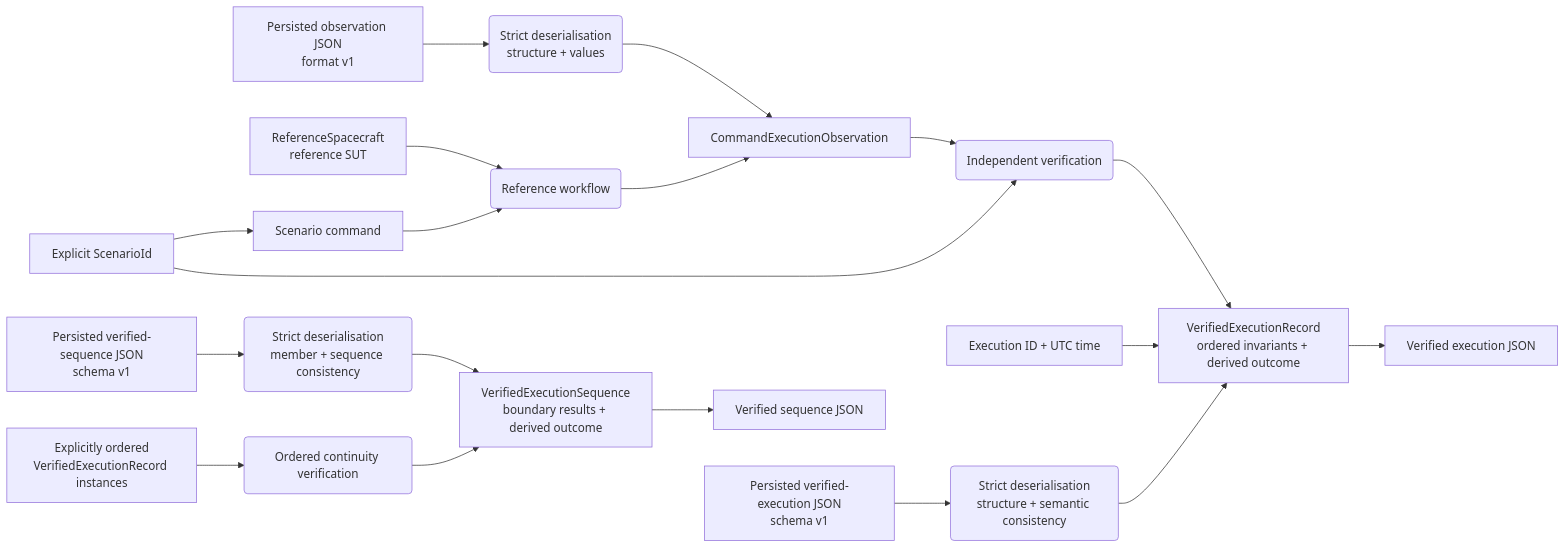
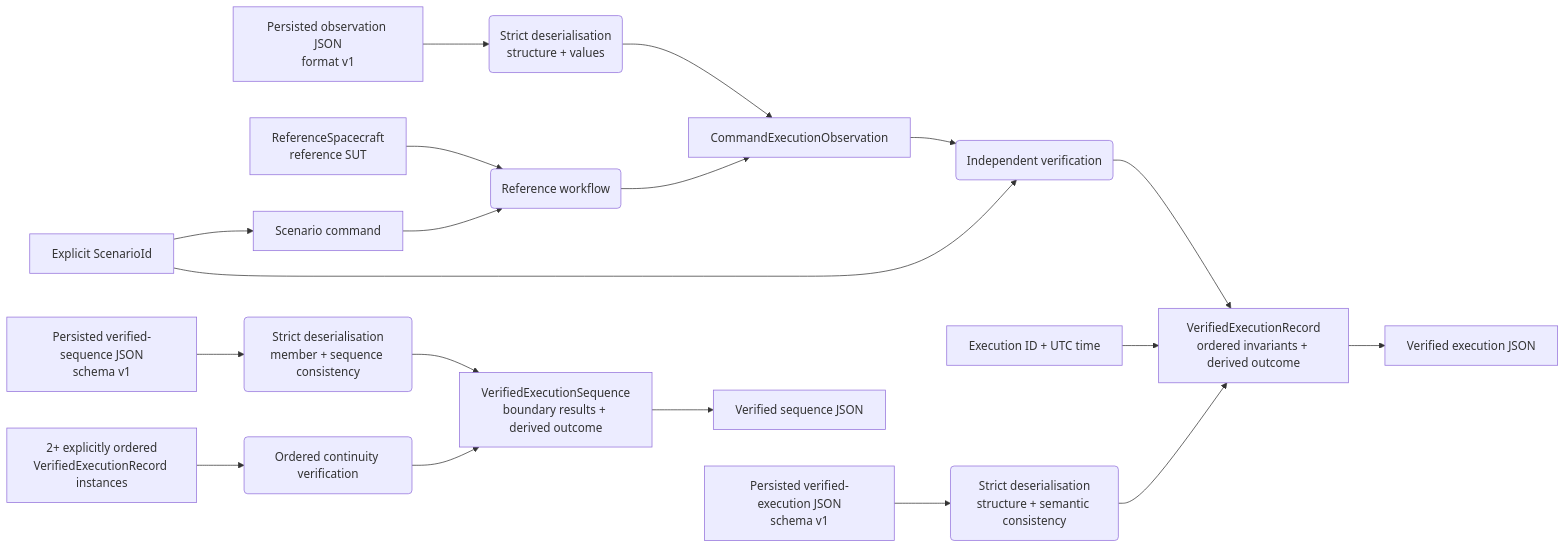
One commit to NikolayAir/OrbiRig changed the diagram in README.md. Above: the diagram before and after it, drawn with Mermaid. The commit also changed other lines of this file, not shown here.

````diff
--- a/README.md
+++ b/README.md
@@ -26,27 +26,27 @@
 ```mermaid
 flowchart LR
     scenario["Explicit ScenarioId"] --> command["Scenario command"]
     command --> workflow("Reference workflow")
     sut["ReferenceSpacecraft<br/>reference SUT"] --> workflow
     workflow --> observation["CommandExecutionObservation"]
 
     persisted["Persisted observation JSON<br/>format v1"] --> loader("Strict deserialisation<br/>structure + values")
     loader --> observation
 
     scenario --> verifier("Independent verification")
     observation --> verifier
 
     verified_persisted["Persisted verified-execution JSON<br/>schema v1"] --> verified_loader("Strict deserialisation<br/>structure + semantic consistency")
     verified_loader --> record
 
     metadata["Execution ID + UTC time"] --> record
     verifier --> record
     record["VerifiedExecutionRecord<br/>ordered invariants + derived outcome"] --> evidence["Verified execution JSON"]
 
-    records["Explicitly ordered<br/>VerifiedExecutionRecord instances"] --> continuity("Ordered continuity verification")
+    records["2+ explicitly ordered<br/>VerifiedExecutionRecord instances"] --> continuity("Ordered continuity verification")
     continuity --> sequence["VerifiedExecutionSequence<br/>boundary results + derived outcome"]
     sequence --> sequence_evidence["Verified sequence JSON"]
 
     sequence_persisted["Persisted verified-sequence JSON<br/>schema v1"] --> sequence_loader("Strict deserialisation<br/>member + sequence consistency")
     sequence_loader --> sequence
 ```
````
